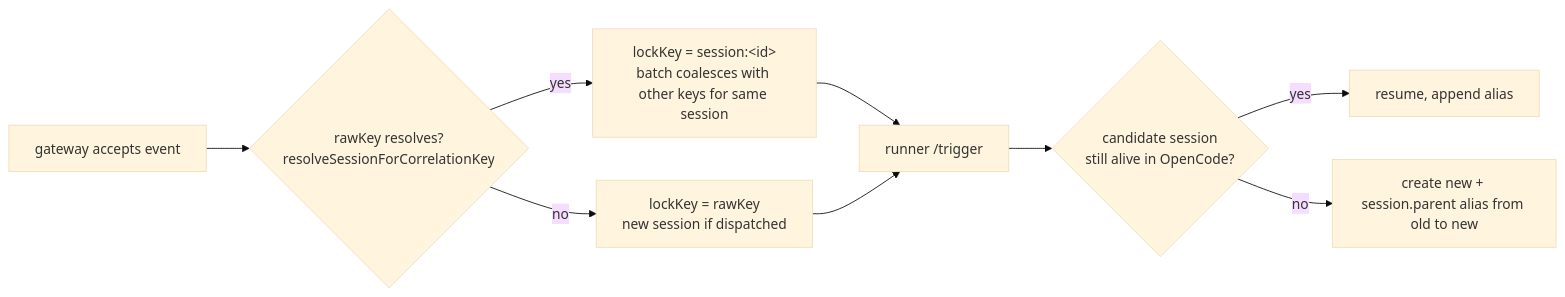
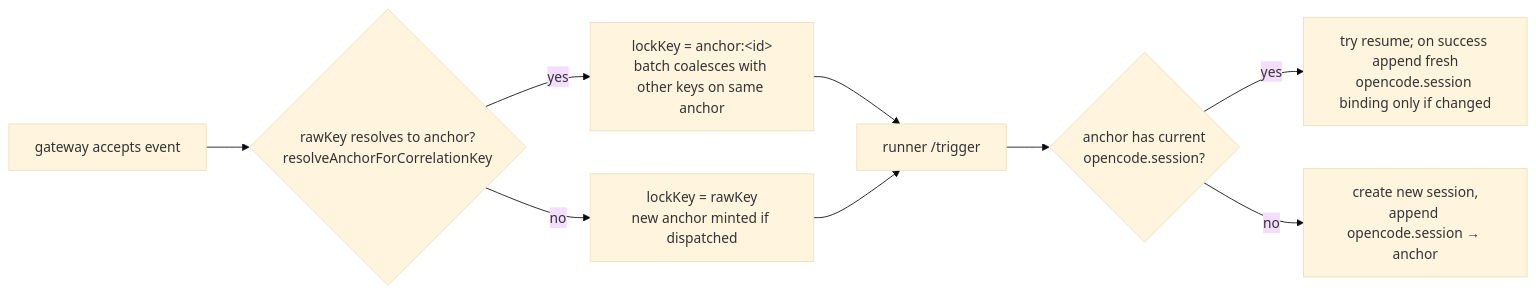
The third of 3 diagrams in docs/feat/event-flow.md (scoutqa-dot-ai/thor), drawn with Mermaid (base theme) before and after one commit. The commit also changed other lines of this file and 13 other files, not shown here.

First line of the commit message:
refactor: introduce anchor abstraction for alias routing

````diff
--- a/docs/feat/event-flow.md
+++ b/docs/feat/event-flow.md
@@ -348,11 +355,11 @@
 ```mermaid
 flowchart LR
-    A[gateway accepts event] --> B{rawKey resolves?<br/>resolveSessionForCorrelationKey}
-    B -- yes --> C[lockKey = session:&lt;id&gt;<br/>batch coalesces with other keys for same session]
-    B -- no --> D[lockKey = rawKey<br/>new session if dispatched]
+    A[gateway accepts event] --> B{rawKey resolves to anchor?<br/>resolveAnchorForCorrelationKey}
+    B -- yes --> C[lockKey = anchor:&lt;id&gt;<br/>batch coalesces with other keys on same anchor]
+    B -- no --> D[lockKey = rawKey<br/>new anchor minted if dispatched]
     C --> E[runner /trigger]
     D --> E
-    E --> F{candidate session<br/>still alive in OpenCode?}
-    F -- yes --> G[resume, append alias]
-    F -- no --> H[create new + session.parent alias from old to new]
+    E --> F{anchor has current<br/>opencode.session?}
+    F -- yes --> G[try resume; on success append fresh<br/>opencode.session binding only if changed]
+    F -- no --> H[create new session,<br/>append opencode.session → anchor]
 ```
````
